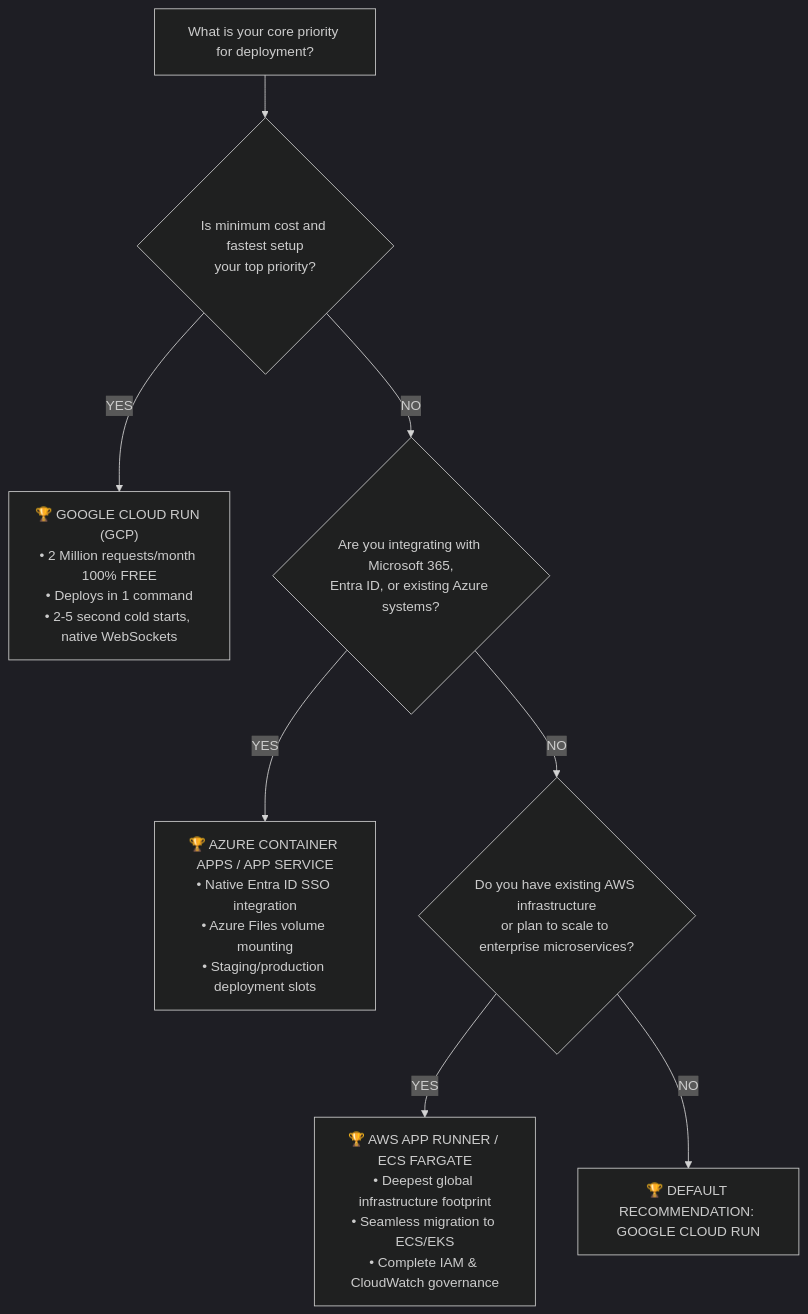
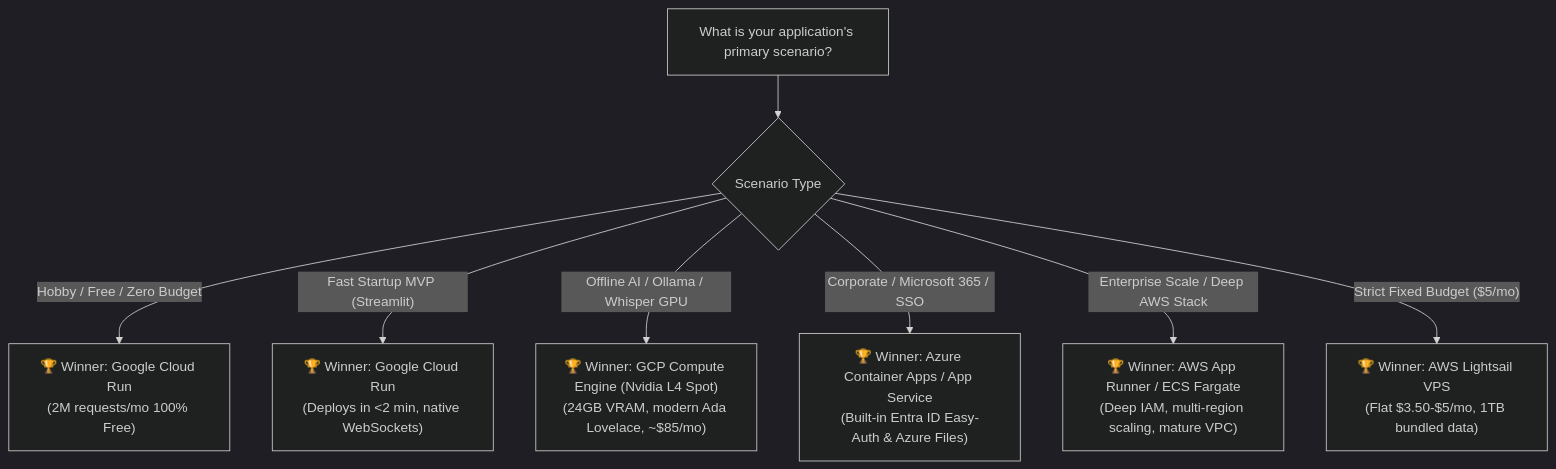
The diagram in Conclusion.md (anjanik366/deployment-strategies), drawn with Mermaid (dark theme) before and after one commit. The commit also changed other lines of this file, not shown here.

Commit message:
docs: expand conclusion with scenario-by-scenario analysis and cost matrix

````diff
--- a/Conclusion.md
+++ b/Conclusion.md
@@ -31,13 +33,11 @@
 ```mermaid
 flowchart TD
-    Start["What is your core priority for deployment?"] --> Q1{"Is minimum cost and fastest setup\nyour top priority?"}
+    Start["What is your application's primary scenario?"] --> S1{"Scenario Type"}
     
-    Q1 -- YES --> RecGCP["🏆 GOOGLE CLOUD RUN (GCP)\n• 2 Million requests/month 100% FREE\n• Deploys in 1 command\n• 2-5 second cold starts, native WebSockets"]
-    Q1 -- NO --> Q2{"Are you integrating with Microsoft 365,\nEntra ID, or existing Azure systems?"}
-    
-    Q2 -- YES --> RecAzure["🏆 AZURE CONTAINER APPS / APP SERVICE\n• Native Entra ID SSO integration\n• Azure Files volume mounting\n• Staging/production deployment slots"]
-    Q2 -- NO --> Q3{"Do you have existing AWS infrastructure\nor plan to scale to enterprise microservices?"}
-    
-    Q3 -- YES --> RecAWS["🏆 AWS APP RUNNER / ECS FARGATE\n• Deepest global infrastructure footprint\n• Seamless migration to ECS/EKS\n• Complete IAM & CloudWatch governance"]
-    Q3 -- NO --> RecDefault["🏆 DEFAULT RECOMMENDATION: GOOGLE CLOUD RUN"]
+    S1 -- "Hobby / Free / Zero Budget" --> Rec1["🏆 Winner: Google Cloud Run\n(2M requests/mo 100% Free)"]
+    S1 -- "Fast Startup MVP (Streamlit)" --> Rec2["🏆 Winner: Google Cloud Run\n(Deploys in <2 min, native WebSockets)"]
+    S1 -- "Offline AI / Ollama / Whisper GPU" --> Rec3["🏆 Winner: GCP Compute Engine (Nvidia L4 Spot)\n(24GB VRAM, modern Ada Lovelace, ~$85/mo)"]
+    S1 -- "Corporate / Microsoft 365 / SSO" --> Rec4["🏆 Winner: Azure Container Apps / App Service\n(Built-in Entra ID Easy-Auth & Azure Files)"]
+    S1 -- "Enterprise Scale / Deep AWS Stack" --> Rec5["🏆 Winner: AWS App Runner / ECS Fargate\n(Deep IAM, multi-region scaling, mature VPC)"]
+    S1 -- "Strict Fixed Budget ($5/mo)" --> Rec6["🏆 Winner: AWS Lightsail VPS\n(Flat $3.50-$5/mo, 1TB bundled data)"]
 ```
````
